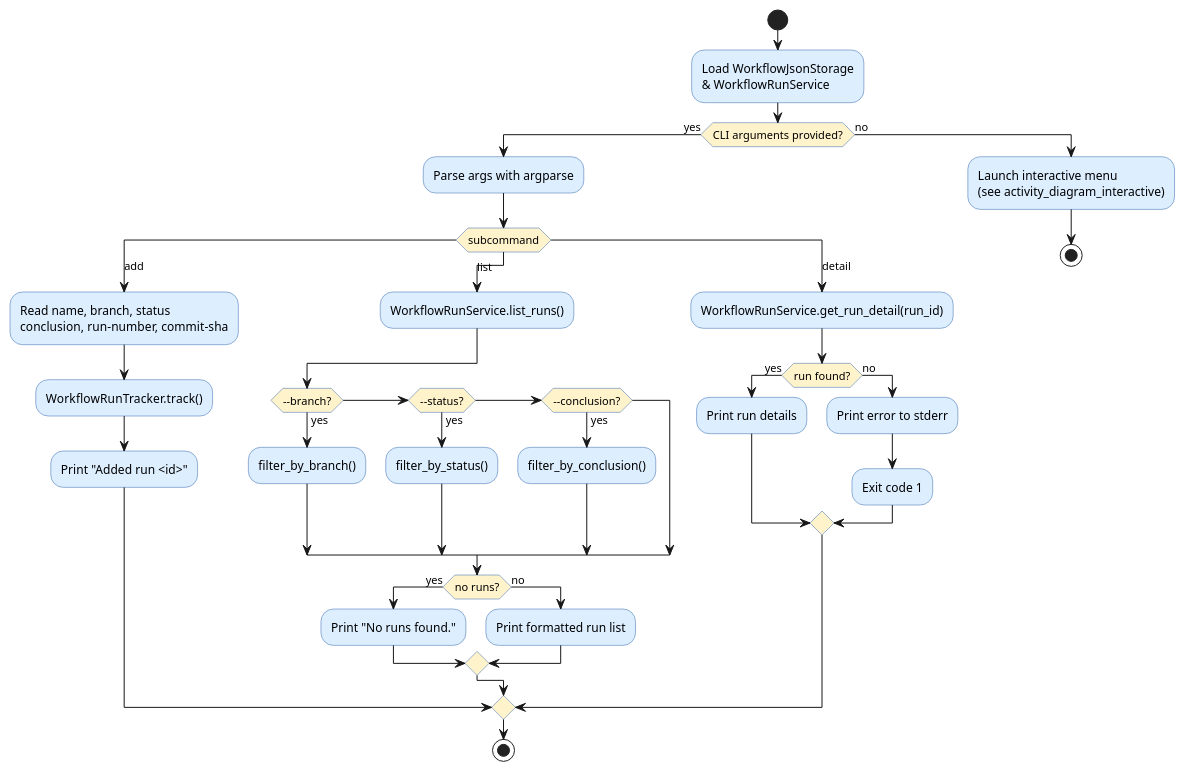
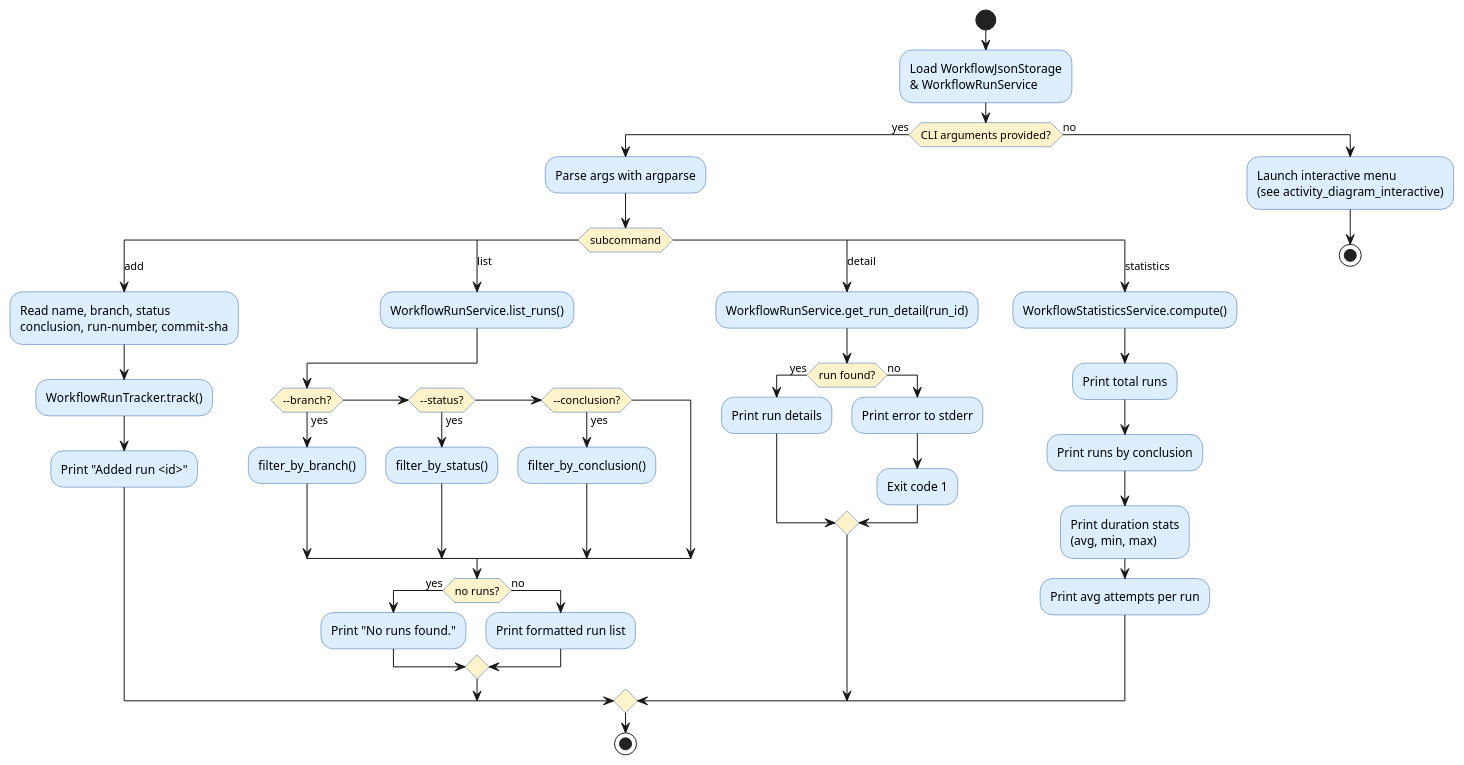
The diagram in experiments/broadcast/test_driven/github-workflow-manager/artifacts/activity_diagram_main.puml (DanielRiha8906/Software_autoevolution_using_agents), drawn with PlantUML before and after one commit. The commit also changed 4 other files, not shown here.

First line of the commit message:
docs: Update UML diagrams for Task 06 (WorkflowStatisticsService)

```diff
--- a/experiments/broadcast/test_driven/github-workflow-manager/artifacts/activity_diagram_main.puml
+++ b/experiments/broadcast/test_driven/github-workflow-manager/artifacts/activity_diagram_main.puml
@@ -1,52 +1,59 @@
 @startuml activity_diagram_main
 
 skinparam activityBackgroundColor #DDEEFF
 skinparam activityBorderColor     #3366AA
 skinparam activityDiamondBackgroundColor #FFF3CC
 
 start
 
 :Load WorkflowJsonStorage\n& WorkflowRunService;
 
 if (CLI arguments provided?) then (yes)
   :Parse args with argparse;
   switch (subcommand)
 
     case (add)
       :Read name, branch, status\nconclusion, run-number, commit-sha;
       :WorkflowRunTracker.track();
       :Print "Added run <id>";
 
     case (list)
       :WorkflowRunService.list_runs();
       if (--branch?) then (yes)
         :filter_by_branch();
       elseif (--status?) then (yes)
         :filter_by_status();
       elseif (--conclusion?) then (yes)
         :filter_by_conclusion();
       endif
       if (no runs?) then (yes)
         :Print "No runs found.";
       else (no)
         :Print formatted run list;
       endif
 
     case (detail)
       :WorkflowRunService.get_run_detail(run_id);
       if (run found?) then (yes)
         :Print run details;
       else (no)
         :Print error to stderr;
         :Exit code 1;
       endif
 
+    case (statistics)
+      :WorkflowStatisticsService.compute();
+      :Print total runs;
+      :Print runs by conclusion;
+      :Print duration stats\n(avg, min, max);
+      :Print avg attempts per run;
+
   endswitch
   stop
 
 else (no)
   :Launch interactive menu\n(see activity_diagram_interactive);
   stop
 endif
 
 @enduml
```
